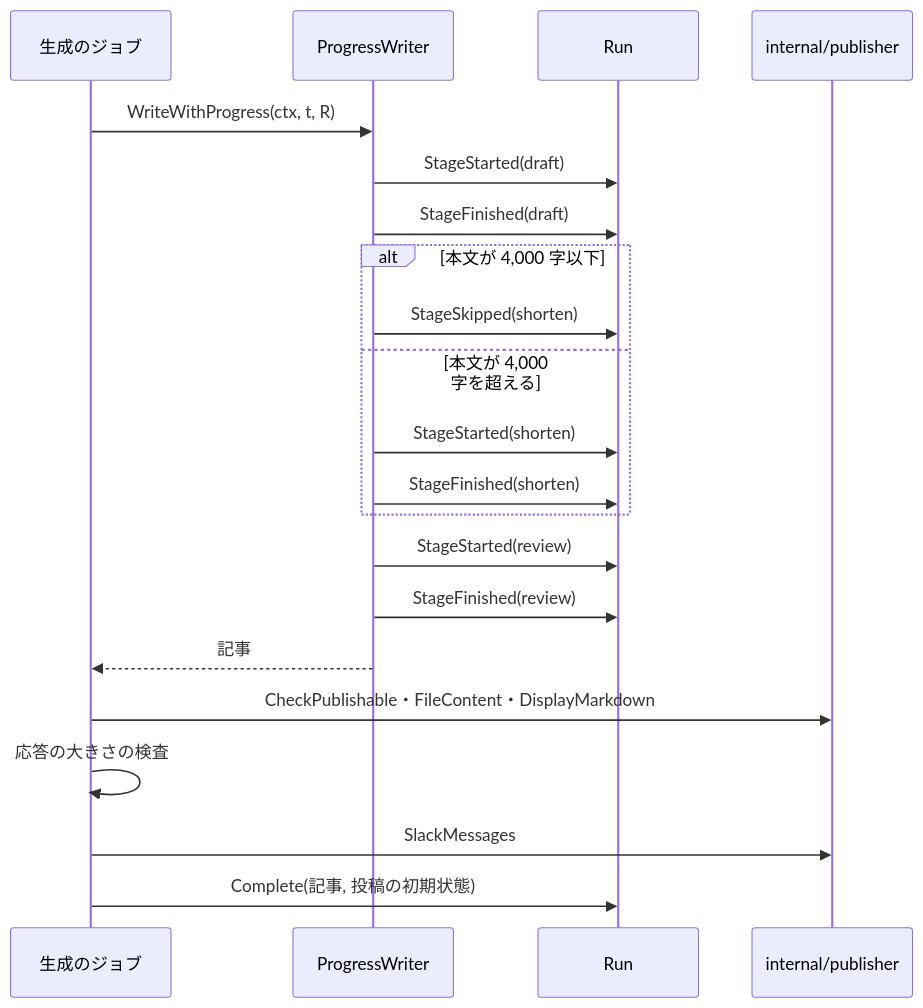
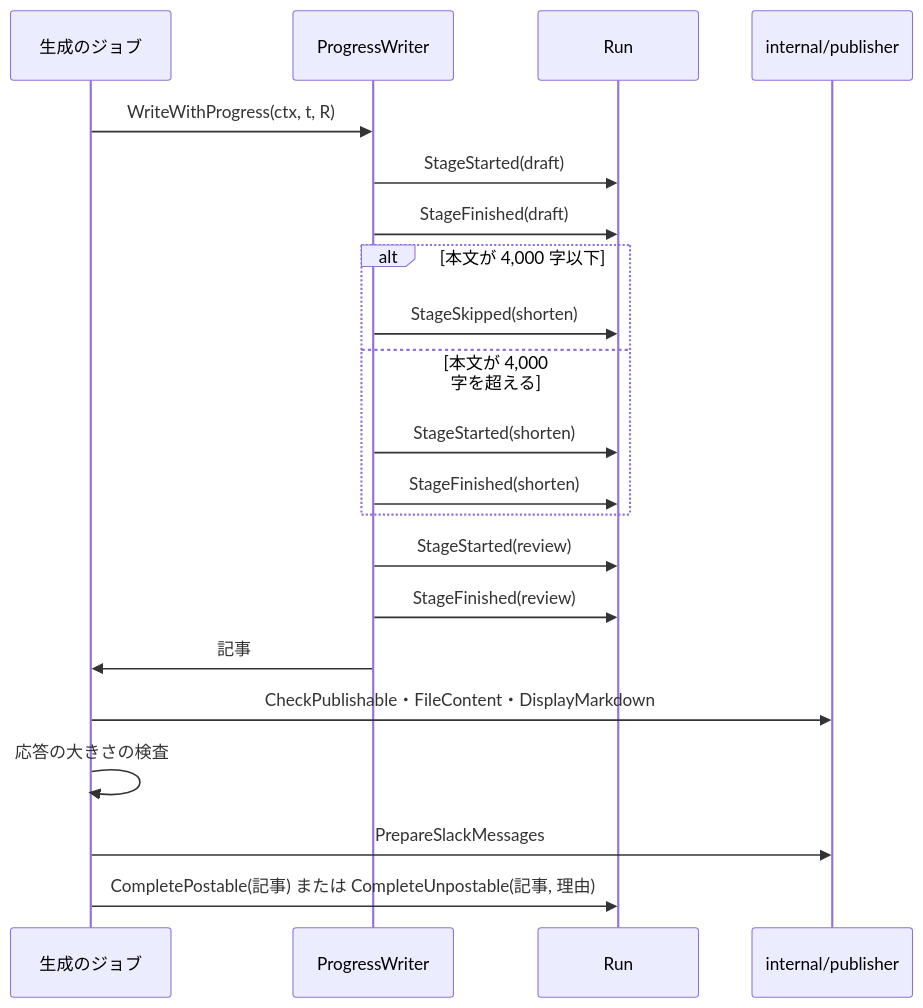
Diagram 14 of 15 in docs/tasks/0044_article_job_api/02_architecture.md (isseis/yt2column), drawn with Mermaid before and after one commit. The commit also changed other lines of this file and 1 other file, not shown here.

````diff
--- a/docs/tasks/0044_article_job_api/02_architecture.md
+++ b/docs/tasks/0044_article_job_api/02_architecture.md
@@ -1325,24 +1425,24 @@
 ```mermaid
 sequenceDiagram
     participant J as 生成のジョブ
     participant W as ProgressWriter
     participant R as Run
     participant P as internal/publisher
 
     J->>W: WriteWithProgress(ctx, t, R)
     W->>R: StageStarted(draft)
     W->>R: StageFinished(draft)
     alt 本文が 4,000 字以下
         W->>R: StageSkipped(shorten)
     else 本文が 4,000 字を超える
         W->>R: StageStarted(shorten)
         W->>R: StageFinished(shorten)
     end
     W->>R: StageStarted(review)
     W->>R: StageFinished(review)
-    W-->>J: 記事
+    W->>J: 記事
     J->>P: CheckPublishable・FileContent・DisplayMarkdown
     J->>J: 応答の大きさの検査
-    J->>P: SlackMessages
-    J->>R: Complete(記事, 投稿の初期状態)
+    J->>P: PrepareSlackMessages
+    J->>R: CompletePostable(記事) または CompleteUnpostable(記事, 理由)
 ```
````
